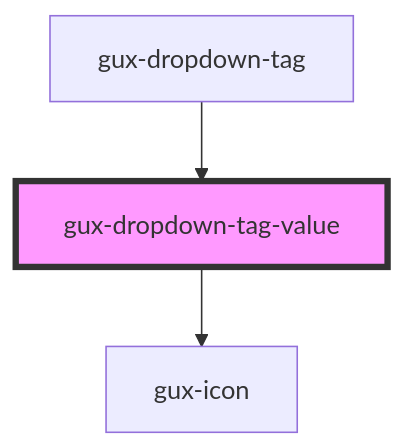
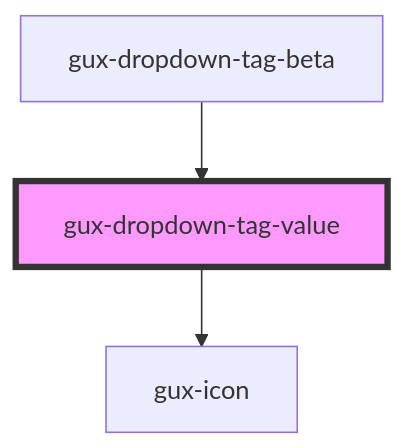
The diagram in src/components/beta/gux-dropdown-tag/gux-dropdown-tag-value/readme.md (sonaliGenesys/genesys-webcomponents), drawn with Mermaid before and after one commit. The commit also changed other lines of this file and 9 other files, not shown here.

````diff
--- a/src/components/beta/gux-dropdown-tag/gux-dropdown-tag-value/readme.md
+++ b/src/components/beta/gux-dropdown-tag/gux-dropdown-tag-value/readme.md
@@ -37,6 +36,6 @@
 ```mermaid
 graph TD;
   gux-dropdown-tag-value --> gux-icon
-  gux-dropdown-tag --> gux-dropdown-tag-value
+  gux-dropdown-tag-beta --> gux-dropdown-tag-value
   style gux-dropdown-tag-value fill:#f9f,stroke:#333,stroke-width:4px
 ```
````
